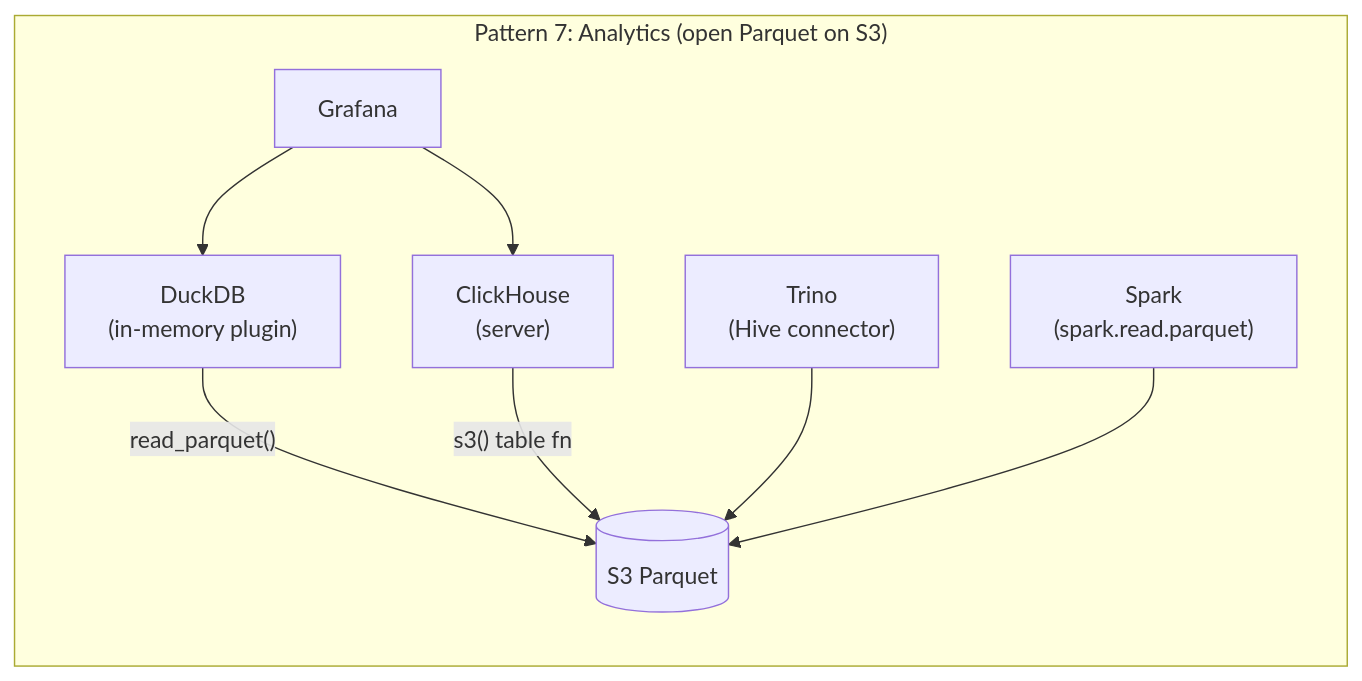
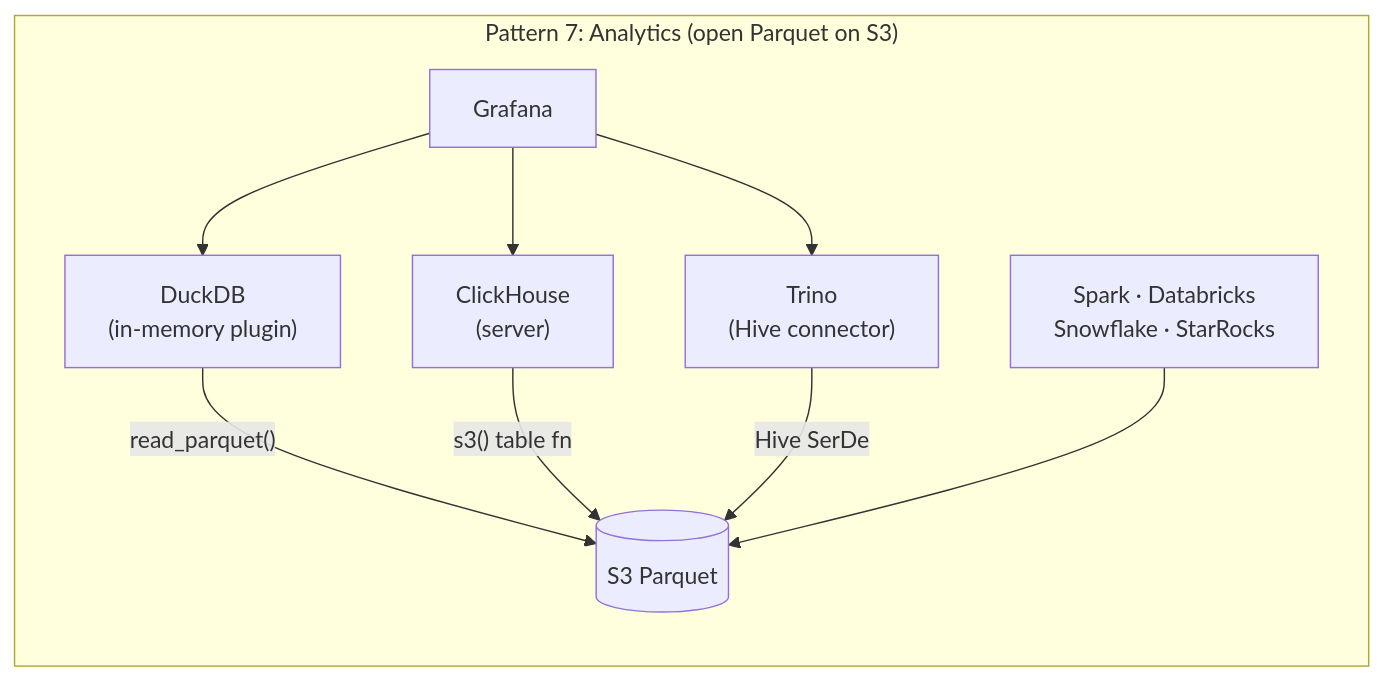
Before and after one commit to ReliablyObserve/victoria-lakehouse: the tenth of 10 diagrams in README.md, drawn with Mermaid. The commit also changed other lines of this file and 29 other files, not shown here.

````diff
--- a/README.md
+++ b/README.md
@@ -299,11 +299,12 @@
 ```mermaid
 graph LR
     subgraph "Pattern 7: Analytics (open Parquet on S3)"
         G7["Grafana"] --> DDB["DuckDB<br/>(in-memory plugin)"]
         G7 --> CH7["ClickHouse<br/>(server)"]
+        G7 --> TRI7["Trino<br/>(Hive connector)"]
         DDB -->|"read_parquet()"| S7[("S3 Parquet")]
         CH7 -->|"s3() table fn"| S7
-        TRI["Trino<br/>(Hive connector)"] --> S7
-        SPK["Spark<br/>(spark.read.parquet)"] --> S7
+        TRI7 -->|"Hive SerDe"| S7
+        SPK["Spark · Databricks<br/>Snowflake · StarRocks"] --> S7
     end
 ```
````
